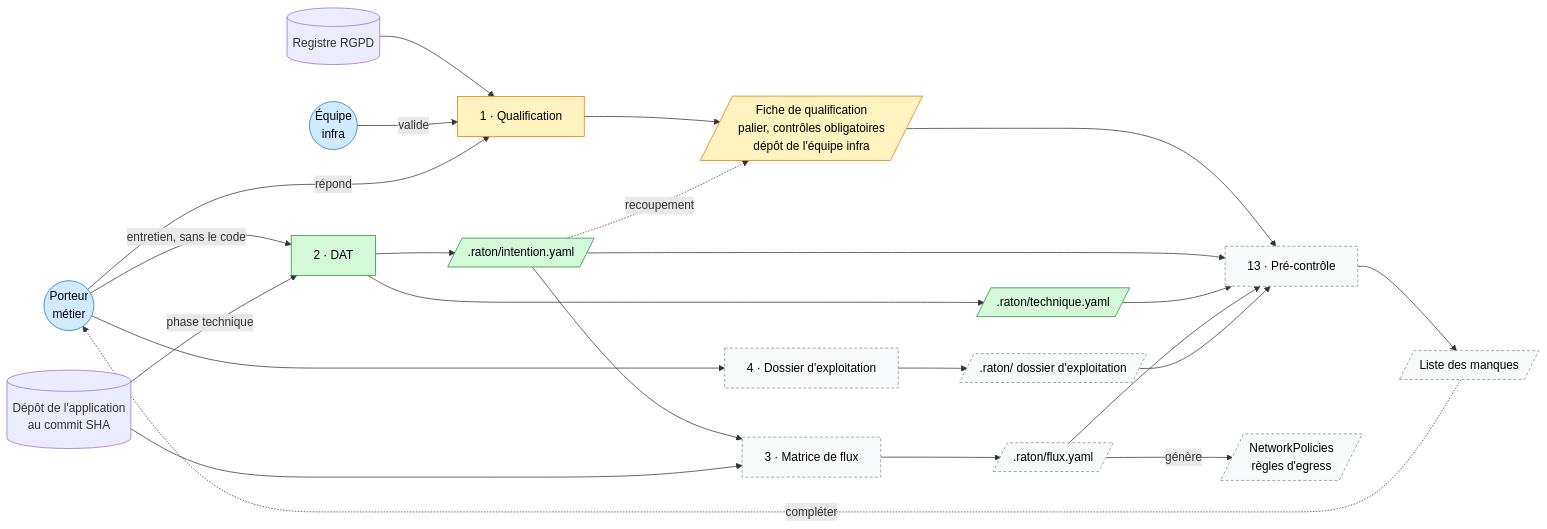
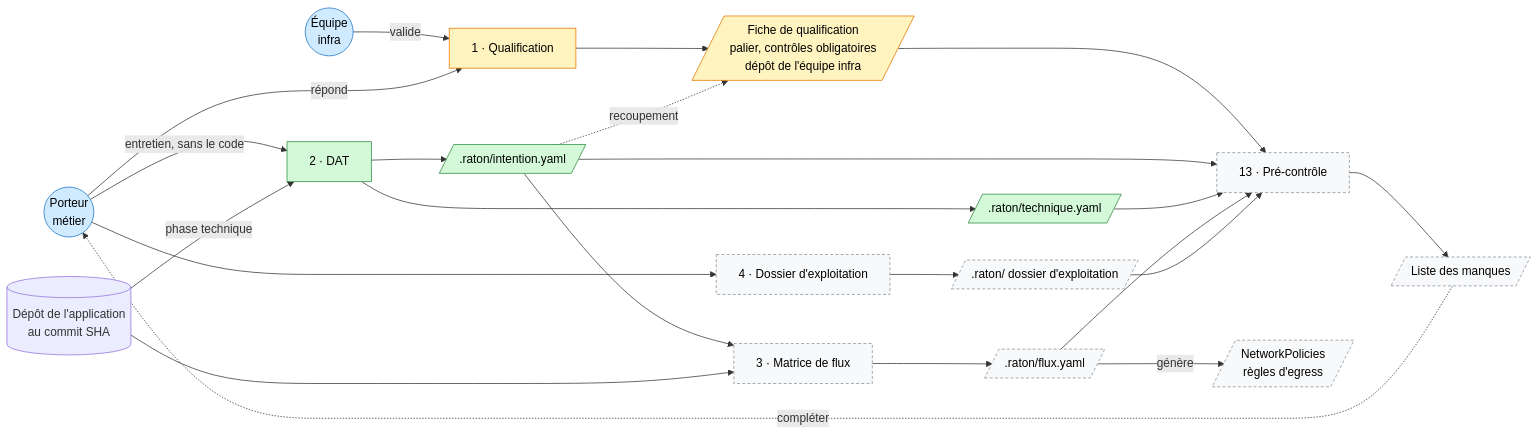
One commit to Jul0ow/Raton changed the third of 5 diagrams in docs/architecture.md. Above: the diagram before and after it, drawn with Mermaid. The commit also changed other lines of this file and 8 other files, not shown here.

````diff
--- a/docs/architecture.md
+++ b/docs/architecture.md
@@ -106,53 +106,51 @@
 ```mermaid
 flowchart LR
   M(("Porteur<br/>métier"))
   E(("Équipe<br/>infra"))
-  RGPD[("Registre RGPD")]
   CODE[("Dépôt de l'application<br/>au commit SHA")]
 
   Q["1 · Qualification"]
   DAT["2 · DAT"]
   EXP["4 · Dossier d'exploitation"]
   MF["3 · Matrice de flux"]
   PC["13 · Pré-contrôle"]
 
   QF[/"Fiche de qualification<br/>palier, contrôles obligatoires<br/>dépôt de l'équipe infra"/]
   INT[/".raton/intention.yaml"/]
   TEC[/".raton/technique.yaml"/]
   EXF[/".raton/ dossier d'exploitation"/]
   FLX[/".raton/flux.yaml"/]
   NP[/"NetworkPolicies<br/>règles d'egress"/]
   MQ[/"Liste des manques"/]
 
-  RGPD --> Q
   E -->|"valide"| Q
   M -->|"répond"| Q
   M -->|"entretien, sans le code"| DAT
   CODE -->|"phase technique"| DAT
   M --> EXP
   Q --> QF
   DAT --> INT
   DAT --> TEC
   INT -.->|"recoupement"| QF
   EXP --> EXF
   INT --> MF
   CODE --> MF
   MF --> FLX
   FLX -->|"génère"| NP
   QF --> PC
   INT --> PC
   TEC --> PC
   FLX --> PC
   EXF --> PC
   PC --> MQ
   MQ -.->|"compléter"| M
 
   classDef humain fill:#d0ebff,stroke:#1971c2,color:#000
   classDef fait fill:#d3f9d8,stroke:#2b8a3e,color:#000
   classDef propose fill:#fff3bf,stroke:#e67700,color:#000
   classDef afaire fill:#f8f9fa,stroke:#868e96,color:#000,stroke-dasharray:4 3
   class M,E humain
   class DAT,INT,TEC fait
   class Q,QF propose
   class MF,EXP,PC,FLX,EXF,NP,MQ afaire
 ```
````
